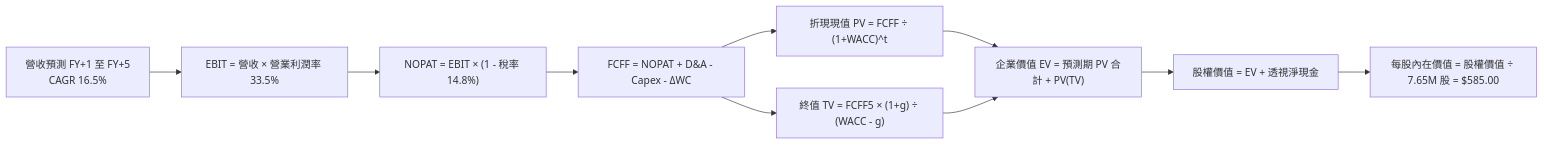
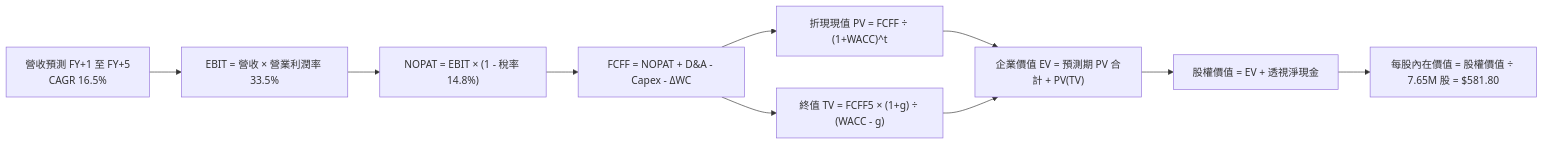
One commit to yennanliu/finance_data changed diagram 11 of 15 in ai_gen_report/fundamental/soxx/fundamental_analysis_2026-10-16_gemini.md. Above: the diagram before and after it, drawn with Mermaid. The commit also changed other lines of this file and 339 other files, not shown here.

````diff
--- a/ai_gen_report/fundamental/soxx/fundamental_analysis_2026-10-16_gemini.md
+++ b/ai_gen_report/fundamental/soxx/fundamental_analysis_2026-10-16_gemini.md
@@ -638,12 +645,12 @@
 ```mermaid
 graph LR
     A["營收預測 FY+1 至 FY+5<br/>CAGR 16.5%"] --> B["EBIT = 營收 × 營業利潤率 33.5%"]
     B --> C["NOPAT = EBIT × (1 - 稅率 14.8%)"]
     C --> D["FCFF = NOPAT + D&A - Capex - ΔWC"]
     D --> E["折現現值 PV = FCFF ÷ (1+WACC)^t"]
     D --> F["終值 TV = FCFF5 × (1+g) ÷ (WACC - g)"]
     E --> G["企業價值 EV = 預測期 PV 合計 + PV(TV)"]
     F --> G
     G --> H["股權價值 = EV + 透視淨現金"]
-    H --> I["每股內在價值 = 股權價值 ÷ 7.65M 股 = $585.00"]
+    H --> I["每股內在價值 = 股權價值 ÷ 7.65M 股 = $581.80"]
 ```
````
